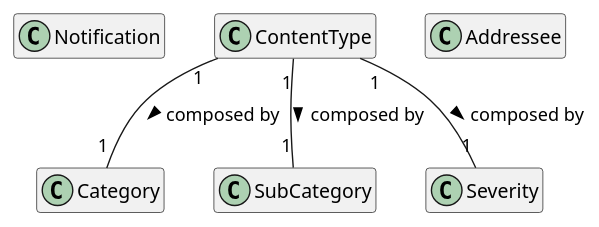
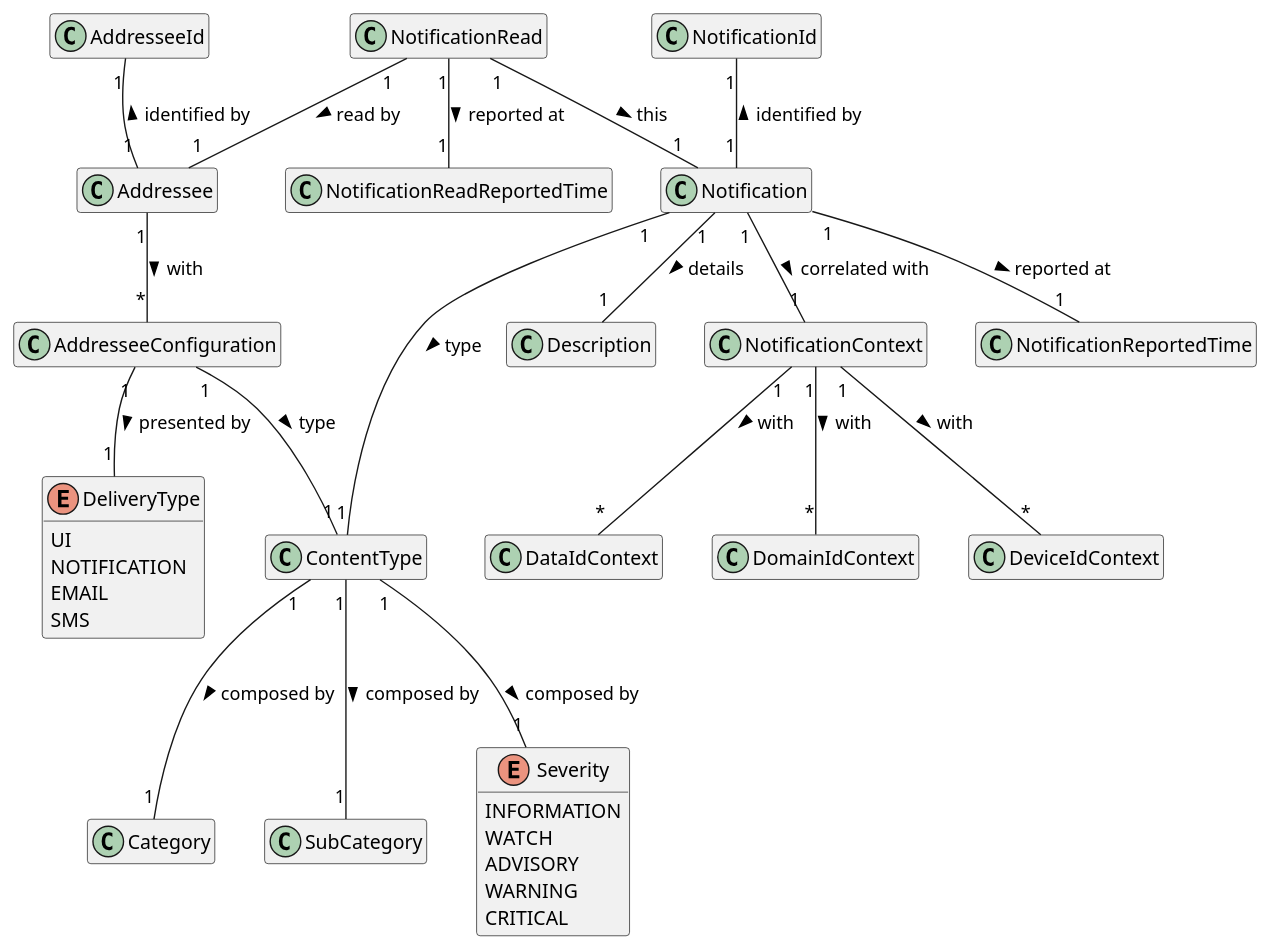
The diagram in assets/diagrams/notification-management-model.pu (FilipeMCruz/dissertation), drawn with PlantUML before and after one commit. The commit also changed 15 other files, not shown here.

```diff
--- a/assets/diagrams/notification-management-model.pu
+++ b/assets/diagrams/notification-management-model.pu
@@ -1,21 +1,78 @@
 @startuml notification-management-model
 
 hide empty members
 
 class Notification
+
+class NotificationId
+
+class NotificationReportedTime
+
+class NotificationContext
+
+class DataIdContext
+
+class DomainIdContext
+
+class DeviceIdContext
+
+class Description
 
 class ContentType
 
 class Category
 
 class SubCategory
 
-class Severity
+enum Severity {
+    INFORMATION
+    WATCH
+    ADVISORY
+    WARNING
+    CRITICAL
+}
 
 class Addressee
+
+class AddresseeId
+
+class AddresseeConfiguration
+
+enum DeliveryType {
+    UI
+    NOTIFICATION
+    EMAIL
+    SMS
+}
+
+class NotificationRead
+
+class NotificationReadReportedTime
+
+Notification "1" -- "1" ContentType : type >
+NotificationId "1" -- "1" Notification : identified by <
+Notification "1" -- "1" Description : details >
+Notification "1" -- "1" NotificationContext : correlated with >
+Notification "1" -- "1" NotificationReportedTime : reported at >
 
 ContentType "1" -- "1" Category : composed by >
 ContentType "1" -- "1" SubCategory : composed by >
 ContentType "1" -- "1" Severity : composed by >
 
+AddresseeId "1" -- "1" Addressee : identified by <
+
+Addressee "1" -- "*" AddresseeConfiguration : with >
+
+AddresseeConfiguration "1" -- "1" DeliveryType : presented by >
+AddresseeConfiguration "1" -- "1" ContentType : type >
+
+NotificationContext "1" -- "*" DataIdContext : with >
+NotificationContext "1" -- "*" DeviceIdContext : with >
+NotificationContext "1" -- "*" DomainIdContext : with >
+
+NotificationRead "1" -- "1" Notification : this >
+NotificationRead "1"-- "1" NotificationReadReportedTime : reported at >
+
+NotificationRead "1" -- "1" Addressee : read by >
+
 @enduml
```
